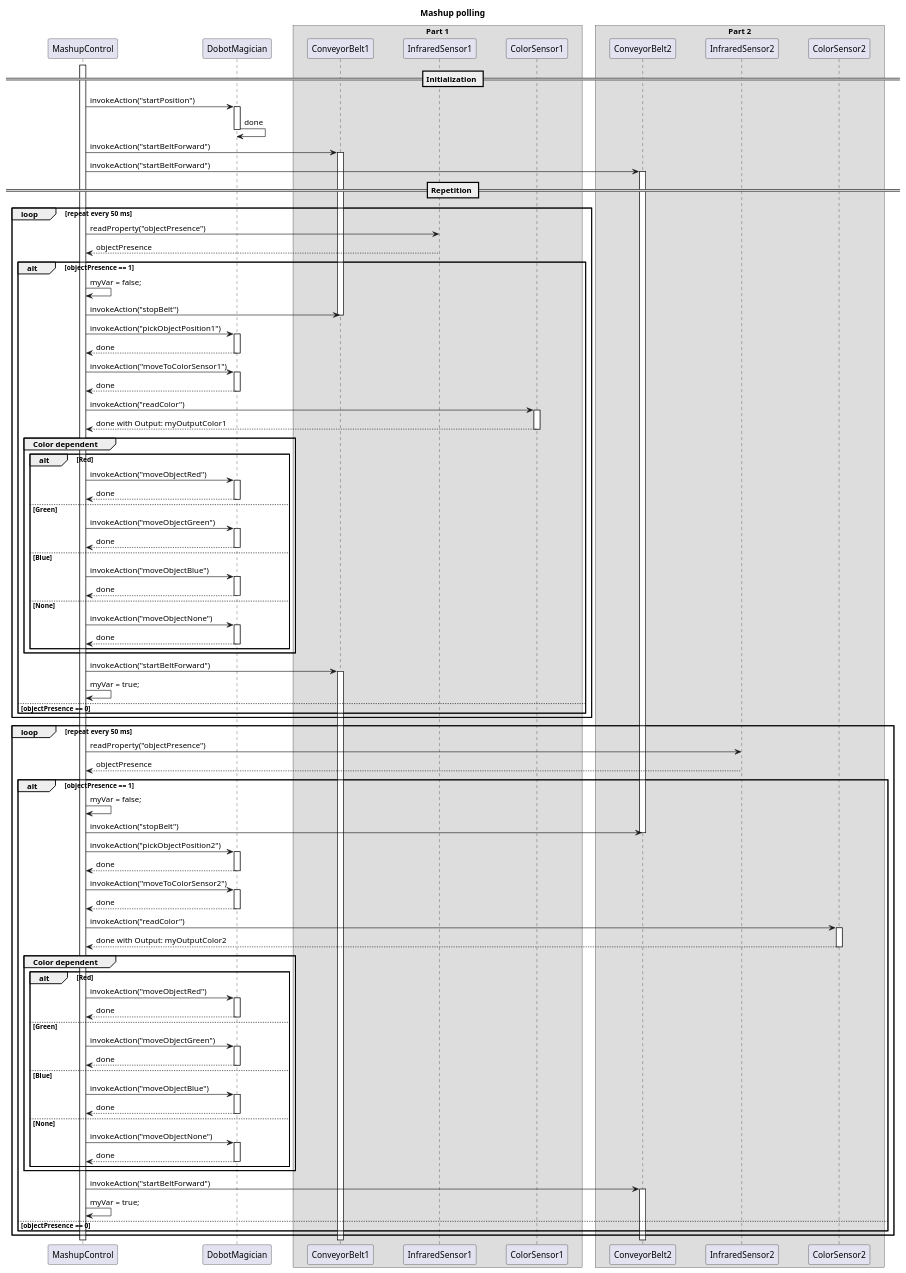
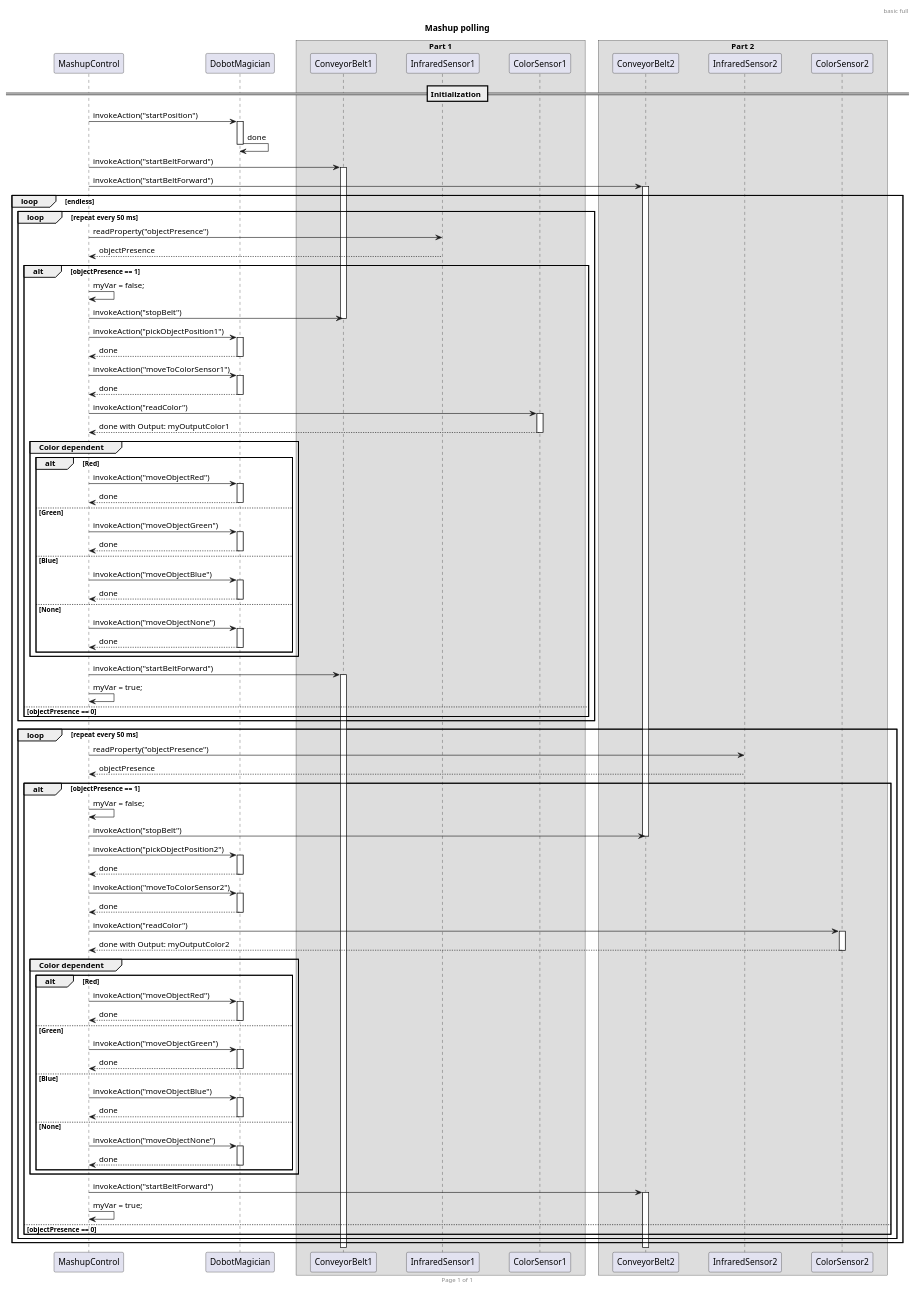
Before and after one commit to tum-esi/wot-sys: the diagram in SequenceDiagrams/SequenceDiagramUML_mashup_polling.wsd, drawn with PlantUML.

Commit message:
Replace SequenceDiagramUML_mashup_polling.wsd

```diff
--- a/SequenceDiagrams/SequenceDiagramUML_mashup_polling.wsd
+++ b/SequenceDiagrams/SequenceDiagramUML_mashup_polling.wsd
@@ -1,140 +1,141 @@
 @startuml
+header basic full
+footer Page %page% of %lastpage%
 
 title Mashup polling
 
 skinparam ParticipantPadding 20
 skinparam BoxPadding 10
 
 participant MashupControl as MC
 participant DobotMagician as DM
 
 box "Part 1"
 participant ConveyorBelt1 as CB1
 participant InfraredSensor1 as IS1
 participant ColorSensor1 as CS1
 end box
 
 box "Part 2"
 participant ConveyorBelt2 as CB2
 participant InfraredSensor2 as IS2
 participant ColorSensor2 as CS2
 end box
 
 
 == Initialization ==
 
-activate MC
-
 MC -> DM: invokeAction("startPosition")
 activate DM
 DM -> DM: done
 deactivate DM
 
 MC -> CB1: invokeAction("startBeltForward")
 activate CB1
 MC -> CB2: invokeAction("startBeltForward")
 activate CB2
 
-== Repetition ==
+loop endless
 
 loop repeat every 50 ms
 MC -> IS1: readProperty("objectPresence")
 MC <-- IS1: objectPresence
 alt objectPresence == 1
 MC -> MC: myVar = false;
 MC -> CB1: invokeAction("stopBelt")
 deactivate CB1
 MC -> DM: invokeAction("pickObjectPosition1")
 activate DM
 MC <-- DM: done
 deactivate DM
 MC -> DM: invokeAction("moveToColorSensor1")
 activate DM
 MC <-- DM: done
 deactivate DM
 MC -> CS1: invokeAction("readColor")
 activate CS1
 MC <-- CS1: done with Output: myOutputColor1
 deactivate CS1
 group Color dependent
 alt Red
 MC -> DM: invokeAction("moveObjectRed")
 activate DM
 MC <-- DM: done
 deactivate DM
 else Green
 MC -> DM: invokeAction("moveObjectGreen")
 activate DM
 MC <-- DM: done
 deactivate DM
 else Blue
 MC -> DM: invokeAction("moveObjectBlue")
 activate DM
 MC <-- DM: done
 deactivate DM
 else None
 MC -> DM: invokeAction("moveObjectNone")
 activate DM
 MC <-- DM: done
 deactivate DM
 end
 end
 MC -> CB1: invokeAction("startBeltForward")
 activate CB1
 MC -> MC: myVar = true;
 else objectPresence == 0
 end
 end
 
 
 loop repeat every 50 ms
 MC -> IS2: readProperty("objectPresence")
 MC <-- IS2: objectPresence
 alt objectPresence == 1
 MC -> MC: myVar = false;
 MC -> CB2: invokeAction("stopBelt")
 deactivate CB2
 MC -> DM: invokeAction("pickObjectPosition2")
 activate DM
 MC <-- DM: done
 deactivate DM
 MC -> DM: invokeAction("moveToColorSensor2")
 activate DM
 MC <-- DM: done
 deactivate DM
 MC -> CS2: invokeAction("readColor")
 activate CS2
 MC <-- CS2: done with Output: myOutputColor2
 deactivate CS2
 group Color dependent
 alt Red
 MC -> DM: invokeAction("moveObjectRed")
 activate DM
 MC <-- DM: done
 deactivate DM
 else Green
 MC -> DM: invokeAction("moveObjectGreen")
 activate DM
 MC <-- DM: done
 deactivate DM
 else Blue
 MC -> DM: invokeAction("moveObjectBlue")
 activate DM
 MC <-- DM: done
 deactivate DM
 else None
 MC -> DM: invokeAction("moveObjectNone")
 activate DM
 MC <-- DM: done
 deactivate DM
 end
 end
 MC -> CB2: invokeAction("startBeltForward")
 activate CB2
 MC -> MC: myVar = true;
 else objectPresence == 0
 end
 end
 
+end 
 
 @enduml
```
